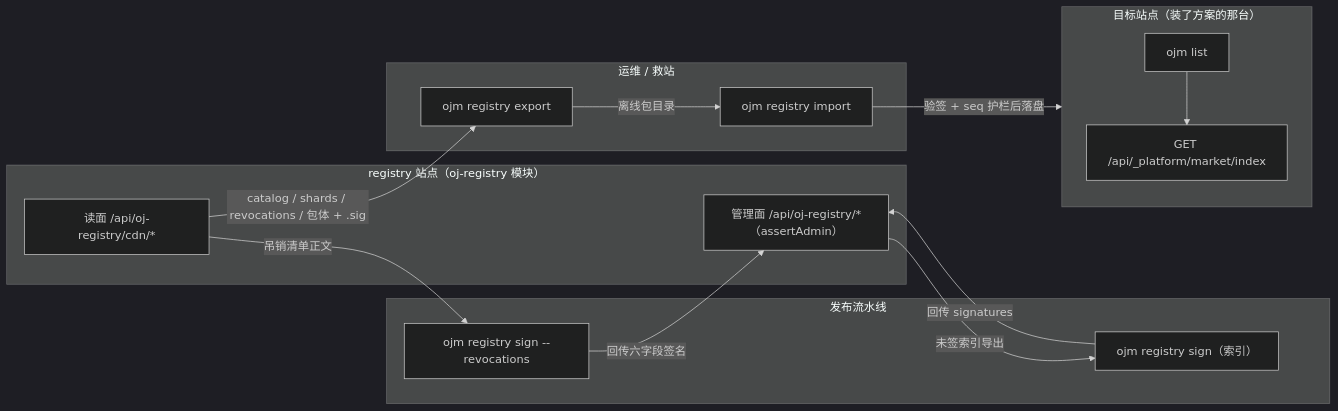
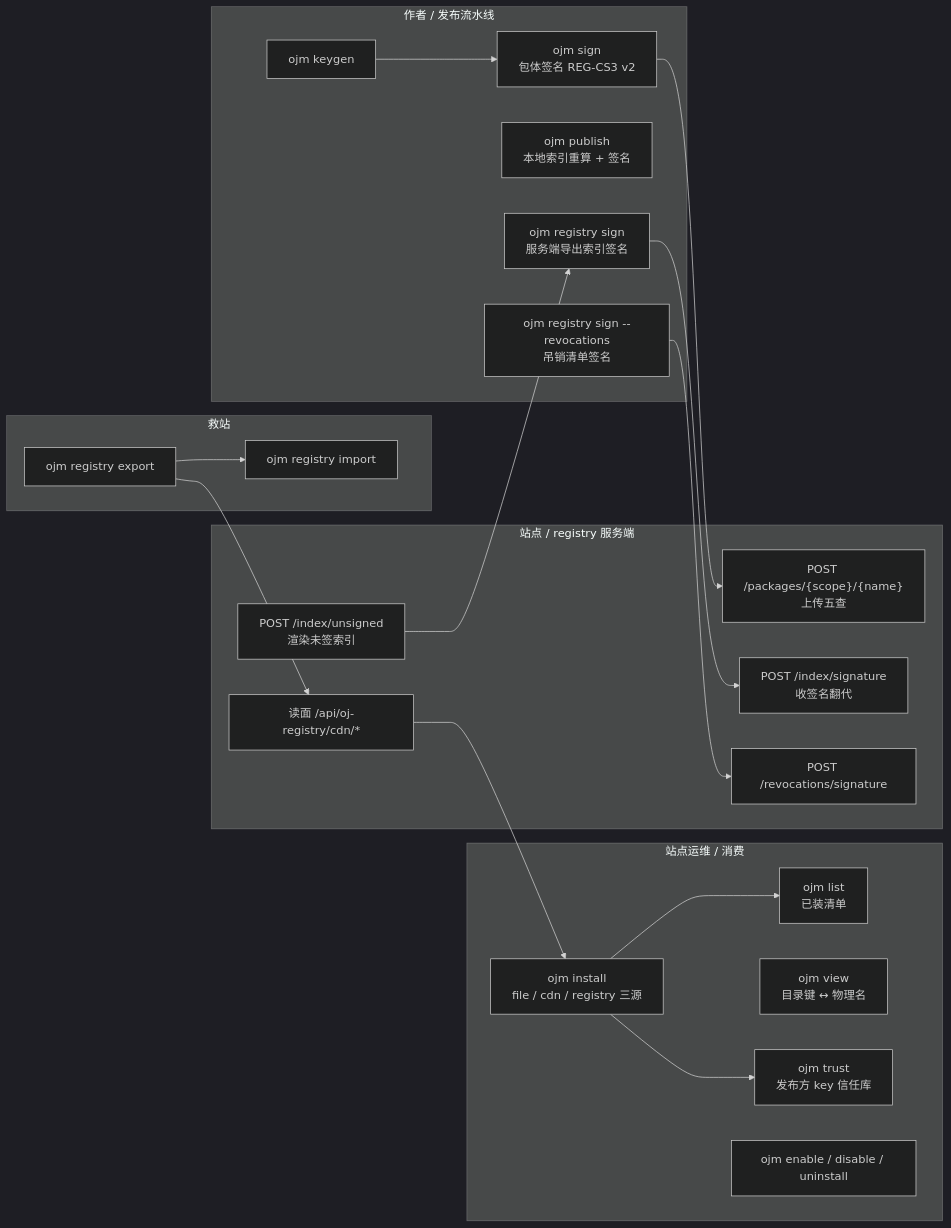
One commit to everpan/oj-module changed the first of 21 diagrams in docs/prd/20261026-registry-cli-commands-design.md. Above: the diagram before and after it, drawn with Mermaid (dark theme). The commit also changed other lines of this file and 1 other file, not shown here.

Commit message:
docs(prd): registry 相关 CLI 命令全图（publish/install/sign/export/import/list 等，26 张 mermaid）

````diff
--- a/docs/prd/20261026-registry-cli-commands-design.md
+++ b/docs/prd/20261026-registry-cli-commands-design.md
@@ -19,33 +15,41 @@
 ```mermaid
 flowchart LR
-    subgraph RegistrySite["registry 站点（oj-registry 模块）"]
-        RS["读面 /api/oj-registry/cdn/*"]
-        ADM["管理面 /api/oj-registry/*（assertAdmin）"]
+    subgraph Author["作者 / 发布流水线"]
+        K["ojm keygen"]
+        S["ojm sign<br/>包体签名 REG-CS3 v2"]
+        P["ojm publish<br/>本地索引重算 + 签名"]
+        RS["ojm registry sign<br/>服务端导出索引签名"]
+        RR["ojm registry sign --revocations<br/>吊销清单签名"]
     end
 
-    subgraph Ops["运维 / 救站"]
-        EXP["ojm registry export"]
-        IMP["ojm registry import"]
+    subgraph Consumer["站点运维 / 消费"]
+        I["ojm install<br/>file / cdn / registry 三源"]
+        L["ojm list<br/>已装清单"]
+        V["ojm view<br/>目录键 ↔ 物理名"]
+        T["ojm trust<br/>发布方 key 信任库"]
+        EN["ojm enable / disable / uninstall"]
     end
 
-    subgraph CI["发布流水线"]
-        SIGN_IDX["ojm registry sign（索引）"]
-        SIGN_REV["ojm registry sign --revocations"]
+    subgraph Ops["救站"]
+        EX["ojm registry export"]
+        IM["ojm registry import"]
     end
 
-    subgraph Target["目标站点（装了方案的那台）"]
-        LIST["ojm list"]
-        MKT["GET /api/_platform/market/index"]
+    subgraph Site["站点 / registry 服务端"]
+        UP["POST /packages/{scope}/{name}<br/>上传五查"]
+        UD["POST /index/unsigned<br/>渲染未签索引"]
+        IS["POST /index/signature<br/>收签名翻代"]
+        RVS["POST /revocations/signature"]
+        READ["读面 /api/oj-registry/cdn/*"]
     end
 
-    RS -->|"catalog / shards / revocations / 包体 + .sig"| EXP
-    EXP -->|"离线包目录"| IMP
-    IMP -->|"验签 + seq 护栏后落盘"| Target
-
-    ADM -->|"未签索引导出"| SIGN_IDX
-    SIGN_IDX -->|"回传 signatures"| ADM
-    RS -->|"吊销清单正文"| SIGN_REV
-    SIGN_REV -->|"回传六字段签名"| ADM
-
-    LIST --> MKT
+    K --> S
+    S --> UP
+    UD --> RS --> IS
+    RR --> RVS
+    READ --> I
+    I --> L
+    I --> T
+    EX --> READ
+    EX --> IM
 ```
````
